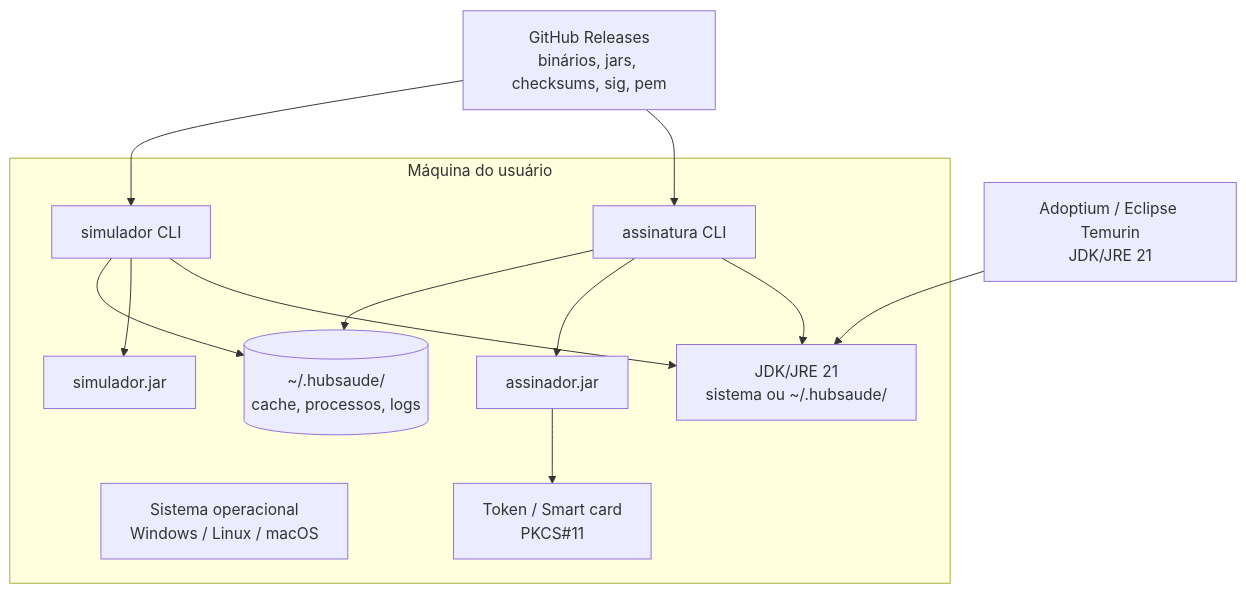
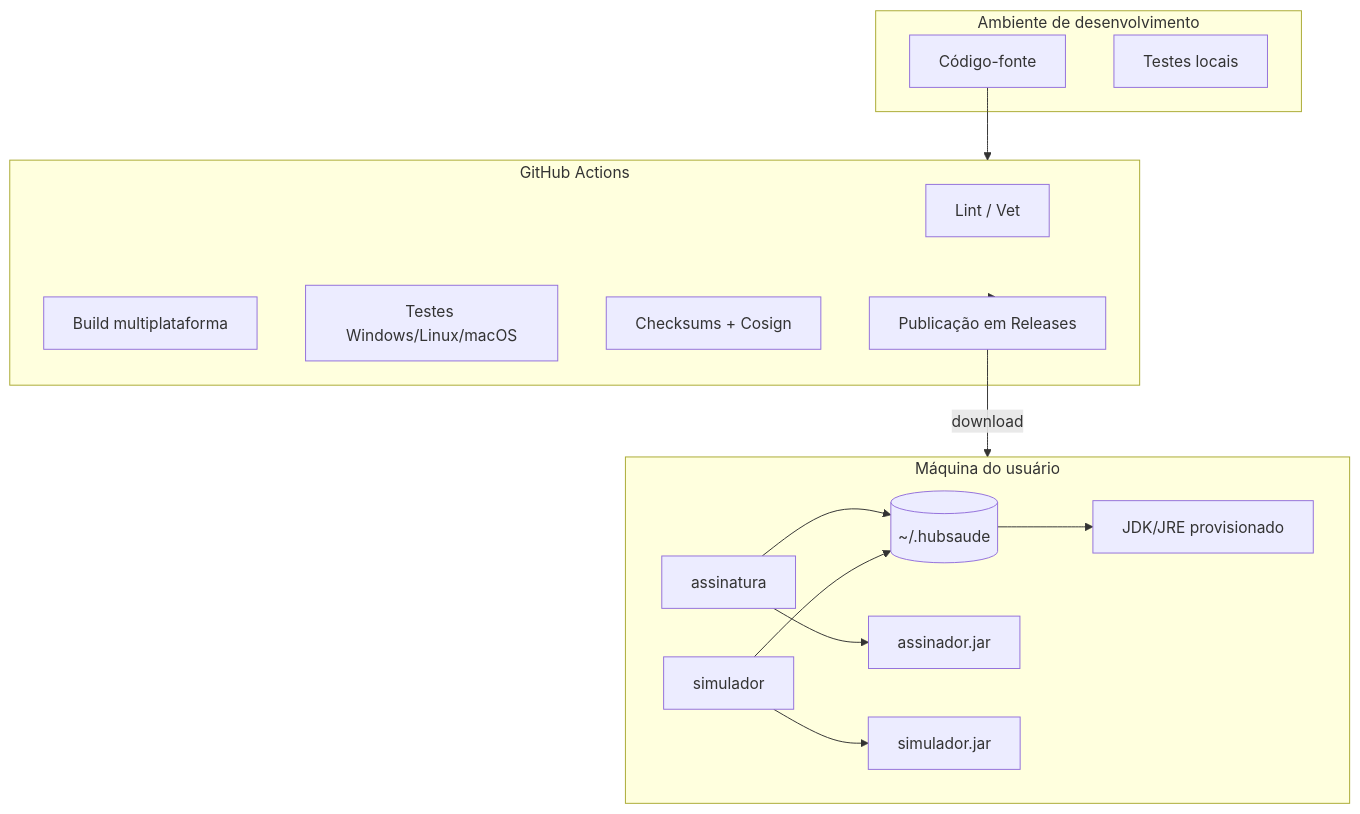
The fourth of 4 diagrams in documentacaoArquitetura.md (BarbaraNogueiraCS/runner), drawn with Mermaid before and after one commit. The commit also changed other lines of this file and 4 other files, not shown here.

````diff
--- a/documentacaoArquitetura.md
+++ b/documentacaoArquitetura.md
@@ -730,25 +630,33 @@
 ```mermaid
 flowchart TB
-    subgraph Machine[Máquina do usuário]
-        OS[Sistema operacional<br/>Windows / Linux / macOS]
-        CLI1[assinatura CLI]
-        CLI2[simulador CLI]
-        Java[JDK/JRE 21<br/>sistema ou ~/.hubsaude/]
-        Jar1[assinador.jar]
-        Jar2[simulador.jar]
-        Local[(~/.hubsaude/<br/>cache, processos, logs)]
-        Device[Token / Smart card<br/>PKCS#11]
-
-        CLI1 --> Java
-        CLI1 --> Jar1
-        CLI2 --> Java
-        CLI2 --> Jar2
-        CLI1 --> Local
-        CLI2 --> Local
-        Jar1 --> Device
+    subgraph Dev[Ambiente de desenvolvimento]
+        SRC[Código-fonte]
+        TEST[Testes locais]
     end
 
-    GH[GitHub Releases<br/>binários, jars, checksums, sig, pem] --> CLI1
-    GH --> CLI2
-    AD[Adoptium / Eclipse Temurin<br/>JDK/JRE 21] --> Java
+    subgraph CI[GitHub Actions]
+        LINT[Lint / Vet]
+        BUILD[Build multiplataforma]
+        TESTCI[Testes Windows/Linux/macOS]
+        SIGN[Checksums + Cosign]
+        REL[Publicação em Releases]
+    end
+
+    subgraph USER[Máquina do usuário]
+        BIN1[assinatura]
+        BIN2[simulador]
+        CACHE[(~/.hubsaude)]
+        JRE[JDK/JRE provisionado]
+        AJAR[assinador.jar]
+        SJAR[simulador.jar]
+    end
+
+    SRC --> CI
+    CI --> REL
+    REL -->|download| USER
+    BIN1 --> CACHE
+    BIN2 --> CACHE
+    CACHE --> JRE
+    BIN1 --> AJAR
+    BIN2 --> SJAR
 ```
````
